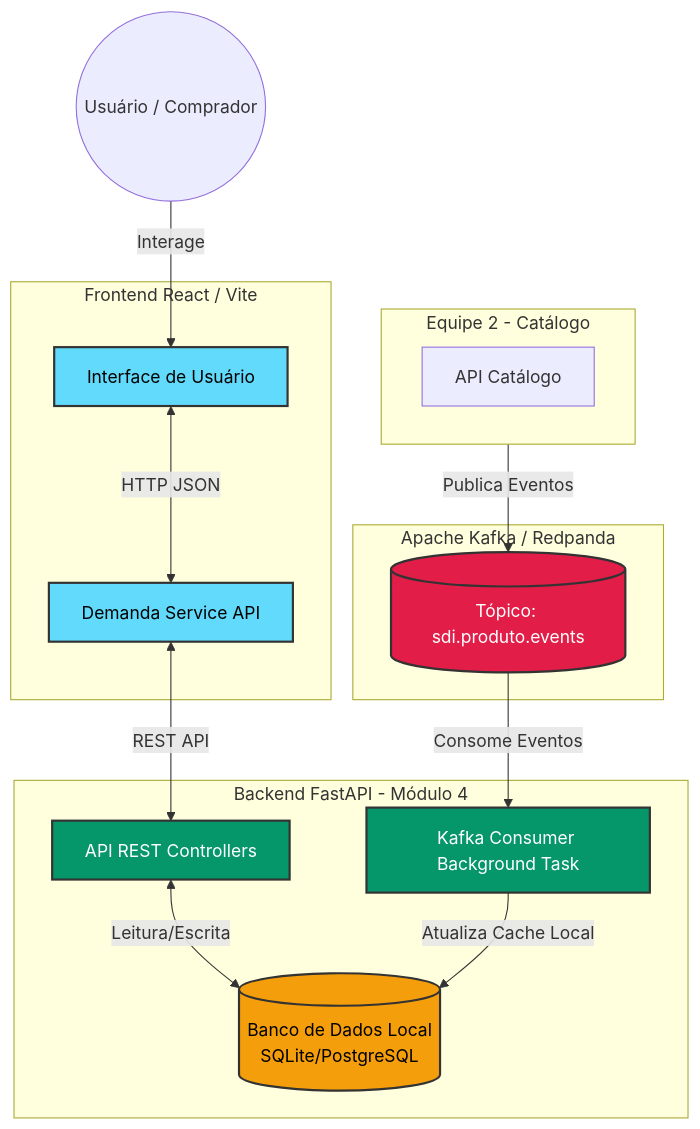
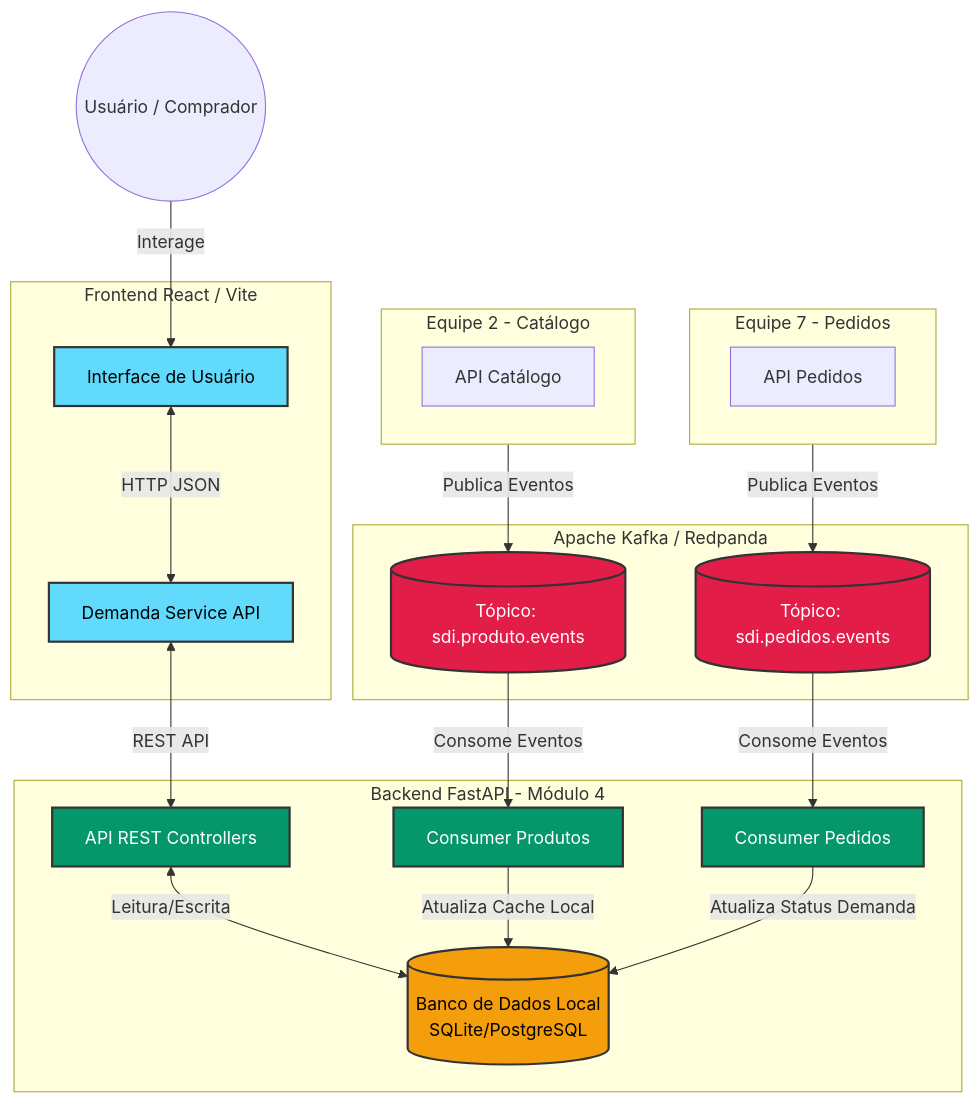
The diagram in API_DOCUMENTATION.md (GabrielSLange/modulo-compradores), drawn with Mermaid before and after one commit. The commit also changed other lines of this file and 31 other files, not shown here.

Commit message:
Feat: Adicionando o consumer da equipe 7 - Pedidos

````diff
--- a/API_DOCUMENTATION.md
+++ b/API_DOCUMENTATION.md
@@ -13,48 +13,58 @@
 ```mermaid
 graph TD
     %% Atores
     User((Usuário / Comprador))
     
     %% Frontend
     subgraph Frontend [Frontend React / Vite]
         UI[Interface de Usuário]
         DemandaService[Demanda Service API]
     end
 
     %% Backend
     subgraph Backend [Backend FastAPI - Módulo 4]
         API_REST[API REST Controllers]
         DB[(Banco de Dados Local\nSQLite/PostgreSQL)]
-        KafkaConsumer[Kafka Consumer Background Task]
+        Consumer_Produtos[Consumer Produtos]
+        Consumer_Pedidos[Consumer Pedidos]
     end
 
     %% Integrações Externas
     subgraph Mensageria [Apache Kafka / Redpanda]
         Topic_Produtos[(Tópico: sdi.produto.events)]
+        Topic_Pedidos[(Tópico: sdi.pedidos.events)]
     end
     
     subgraph Modulo_Catalogo [Equipe 2 - Catálogo]
         API_Catalogo[API Catálogo]
+    end
+
+    subgraph Modulo_Pedidos [Equipe 7 - Pedidos]
+        API_Pedidos[API Pedidos]
     end
 
     %% Conexões
     User -->|Interage| UI
     UI <-->|HTTP JSON| DemandaService
     DemandaService <-->|REST API| API_REST
     API_REST <-->|Leitura/Escrita| DB
     
     Modulo_Catalogo -->|Publica Eventos| Topic_Produtos
-    Topic_Produtos -->|Consome Eventos| KafkaConsumer
-    KafkaConsumer -->|Atualiza Cache Local| DB
+    Topic_Produtos -->|Consome Eventos| Consumer_Produtos
+    Consumer_Produtos -->|Atualiza Cache Local| DB
+
+    Modulo_Pedidos -->|Publica Eventos| Topic_Pedidos
+    Topic_Pedidos -->|Consome Eventos| Consumer_Pedidos
+    Consumer_Pedidos -->|Atualiza Status Demanda| DB
     
     %% Estilos
     classDef frontend fill:#61dafb,stroke:#333,stroke-width:2px,color:#000;
     classDef backend fill:#059669,stroke:#333,stroke-width:2px,color:#fff;
     classDef kafka fill:#e11d48,stroke:#333,stroke-width:2px,color:#fff;
     classDef db fill:#f59e0b,stroke:#333,stroke-width:2px,color:#000;
     
     class UI,DemandaService frontend;
-    class API_REST,KafkaConsumer backend;
-    class Topic_Produtos kafka;
+    class API_REST,Consumer_Produtos,Consumer_Pedidos backend;
+    class Topic_Produtos,Topic_Pedidos kafka;
     class DB db;
 ```
````
